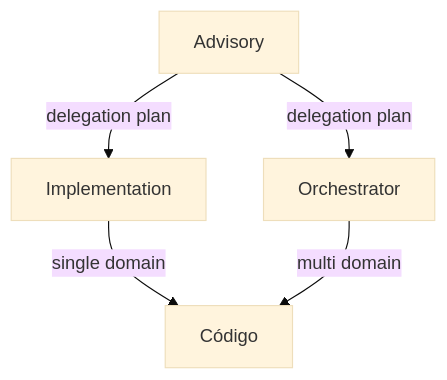
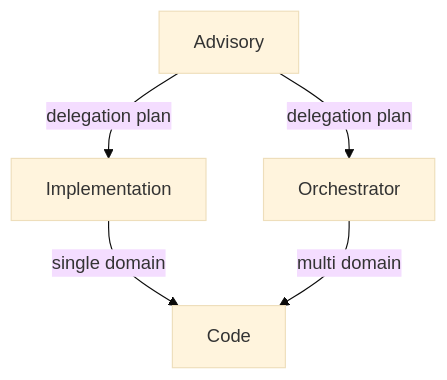
The fifth of 5 diagrams in docs/fluxos/fluxo-implementacao.md (rodrigo-mendes/agents-factory), drawn with Mermaid (base theme) before and after one commit. The commit also changed other lines of this file and 70 other files, not shown here.

````diff
--- a/docs/fluxos/fluxo-implementacao.md
+++ b/docs/fluxos/fluxo-implementacao.md
@@ -128,7 +128,7 @@
 ```mermaid
 graph TD
     A[Advisory] -->|"delegation plan"| B[Implementation]
     A -->|"delegation plan"| C[Orchestrator]
-    B -->|"single domain"| D[Código]
+    B -->|"single domain"| D[Code]
     C -->|"multi domain"| D
 ```
````
